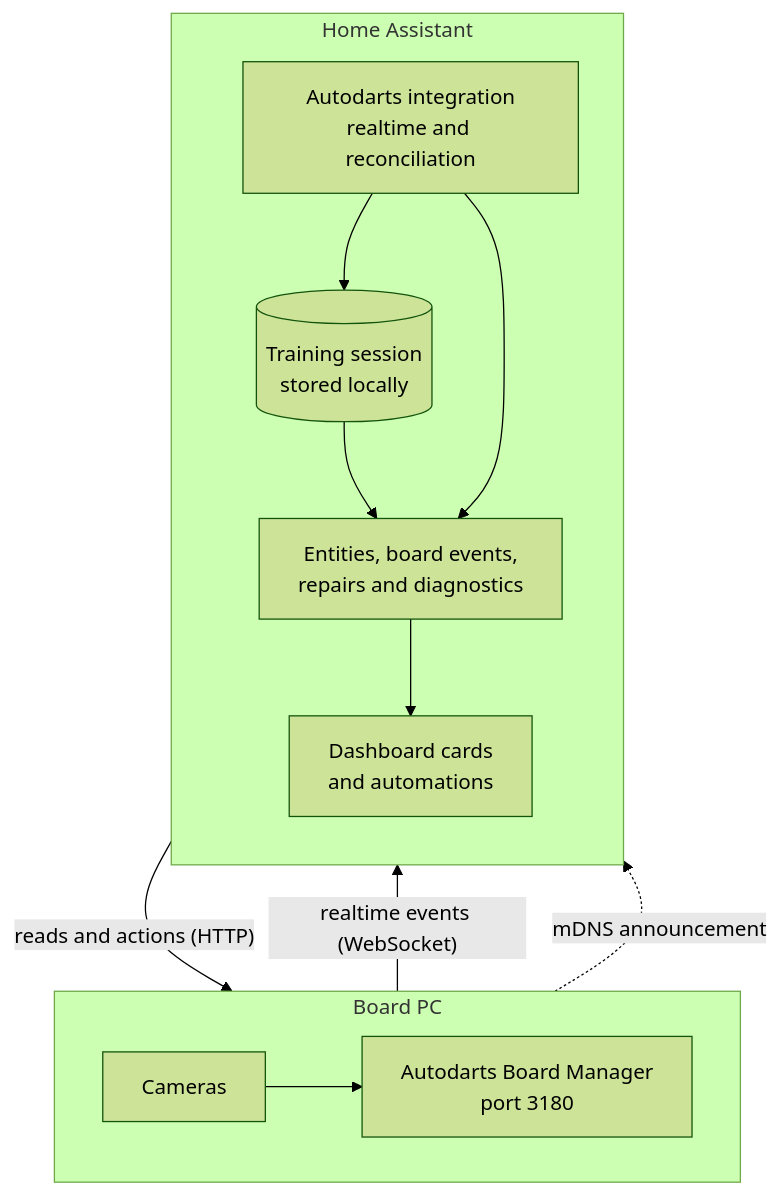
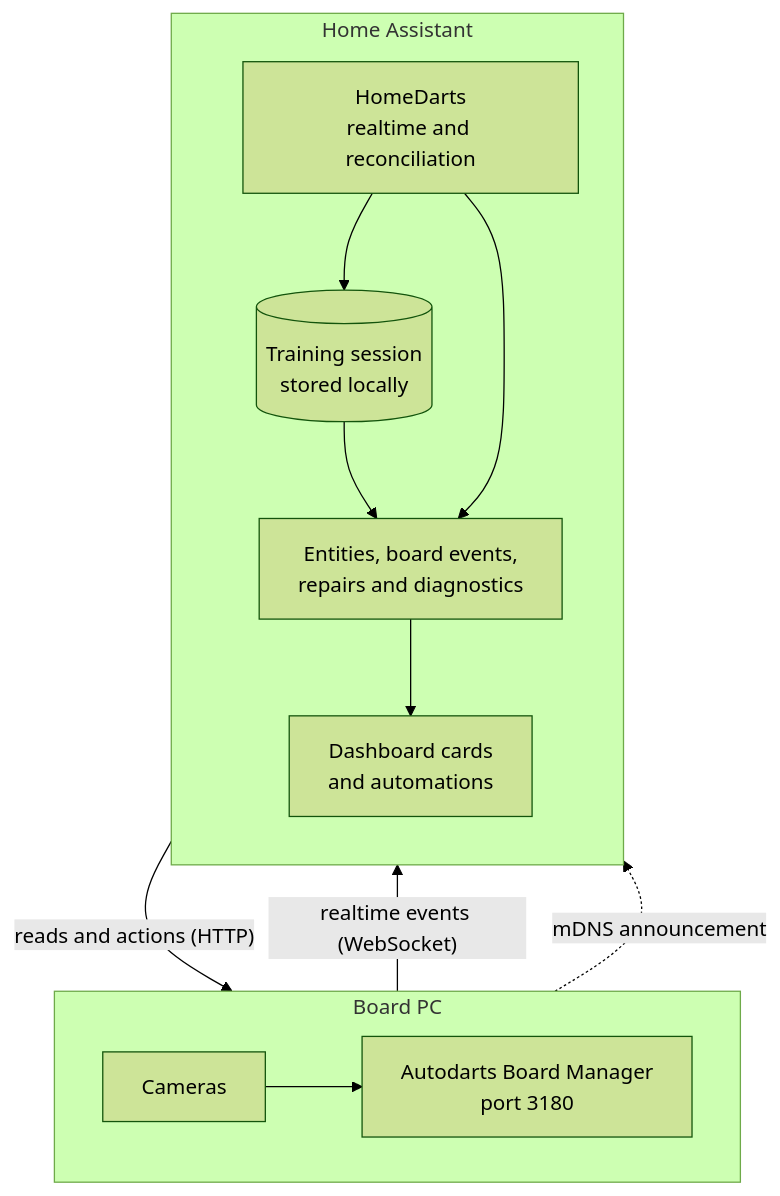
One commit to Dennis-Otto/ha-autodarts changed the diagram in docs/diagrams/architecture.en.mmd. Above: the diagram before and after it, drawn with Mermaid (forest theme). The commit also changed 506 other files, not shown here.

First line of the commit message:
feat!: HomeDarts for Autodarts, a name of its own (#442)

```diff
--- a/docs/diagrams/architecture.en.mmd
+++ b/docs/diagrams/architecture.en.mmd
@@ -1,19 +1,19 @@
 flowchart TB
   accTitle: Architecture
-  accDescr: The Board Manager on the board PC sends realtime events to the Autodarts integration in Home Assistant, which reads and controls the board over HTTP, keeps the training session locally and provides entities, board events, cards and automations.
+  accDescr: The Board Manager on the board PC sends realtime events to HomeDarts in Home Assistant, which reads and controls the board over HTTP, keeps the training session locally and provides entities, board events, cards and automations.
   subgraph PC["Board PC"]
     direction LR
     CAM["Cameras"] --> BM["Autodarts Board Manager<br/>port 3180"]
   end
   subgraph HA["Home Assistant"]
     direction TB
-    LC["Autodarts integration<br/>realtime and reconciliation"]
+    LC["HomeDarts<br/>realtime and reconciliation"]
     TS[("Training session<br/>stored locally")]
     ENT["Entities, board events,<br/>repairs and diagnostics"]
     UI["Dashboard cards<br/>and automations"]
     LC --> TS --> ENT
     LC --> ENT --> UI
   end
   BM -- "realtime events (WebSocket)" --> LC
   LC -- "reads and actions (HTTP)" --> BM
   BM -. "mDNS announcement" .-> LC
```
